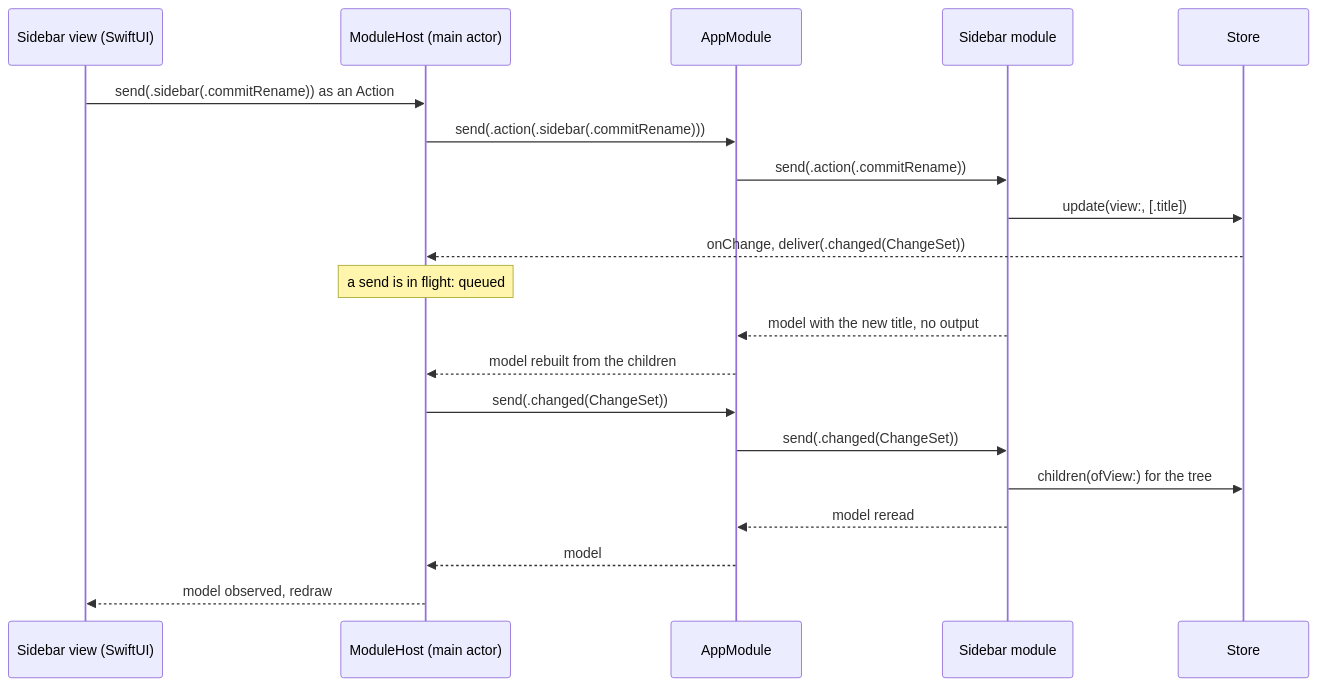
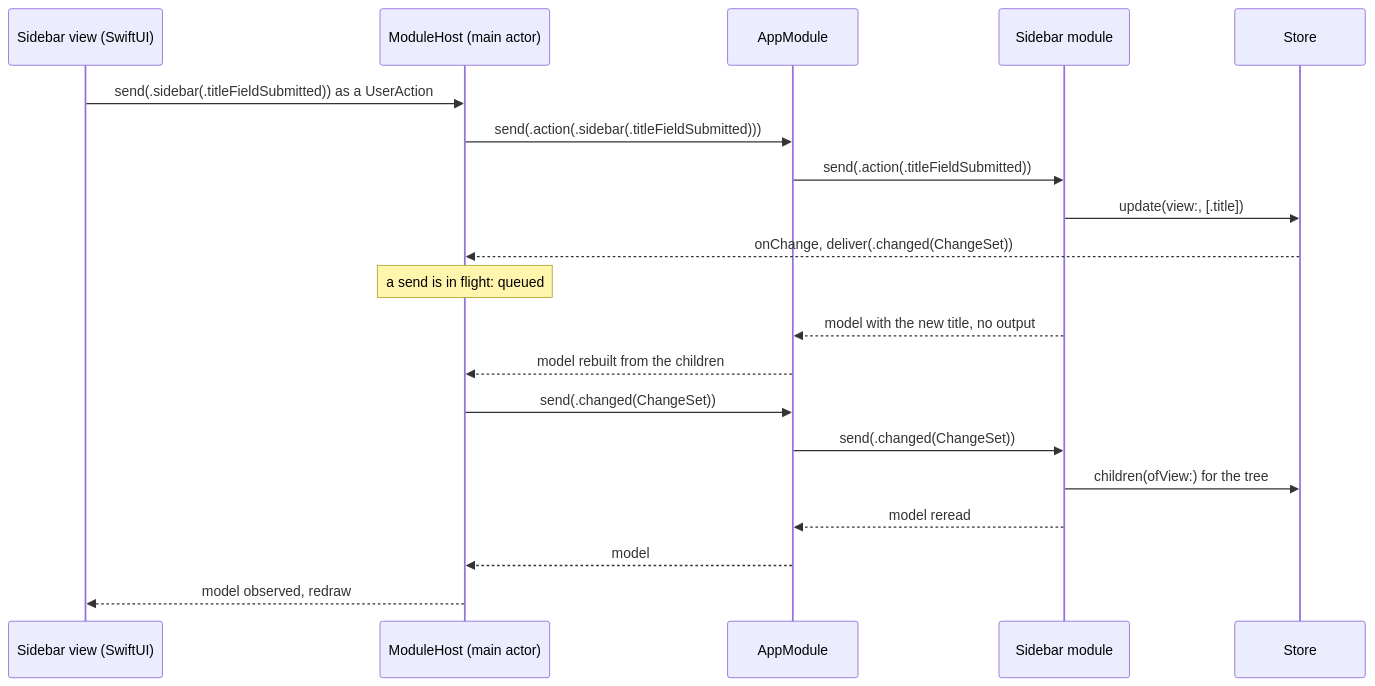
Before and after one commit to maldrakar/todo-app: the third of 4 diagrams in docs/specs/feature-module-architecture.md, drawn with Mermaid. The commit also changed other lines of this file, not shown here.

````diff
--- a/docs/specs/feature-module-architecture.md
+++ b/docs/specs/feature-module-architecture.md
@@ -242,22 +242,22 @@
 ```mermaid
 sequenceDiagram
   participant View as Sidebar view (SwiftUI)
   participant Host as ModuleHost (main actor)
   participant Root as AppModule
   participant Sidebar as Sidebar module
   participant Store as Store
-  View->>Host: send(.sidebar(.commitRename)) as an Action
-  Host->>Root: send(.action(.sidebar(.commitRename)))
-  Root->>Sidebar: send(.action(.commitRename))
+  View->>Host: send(.sidebar(.titleFieldSubmitted)) as a UserAction
+  Host->>Root: send(.action(.sidebar(.titleFieldSubmitted)))
+  Root->>Sidebar: send(.action(.titleFieldSubmitted))
   Sidebar->>Store: update(view:, [.title])
   Store-->>Host: onChange, deliver(.changed(ChangeSet))
   Note over Host: a send is in flight: queued
   Sidebar-->>Root: model with the new title, no output
   Root-->>Host: model rebuilt from the children
   Host->>Root: send(.changed(ChangeSet))
   Root->>Sidebar: send(.changed(ChangeSet))
   Sidebar->>Store: children(ofView:) for the tree
   Sidebar-->>Root: model reread
   Root-->>Host: model
   Host-->>View: model observed, redraw
 ```
````
